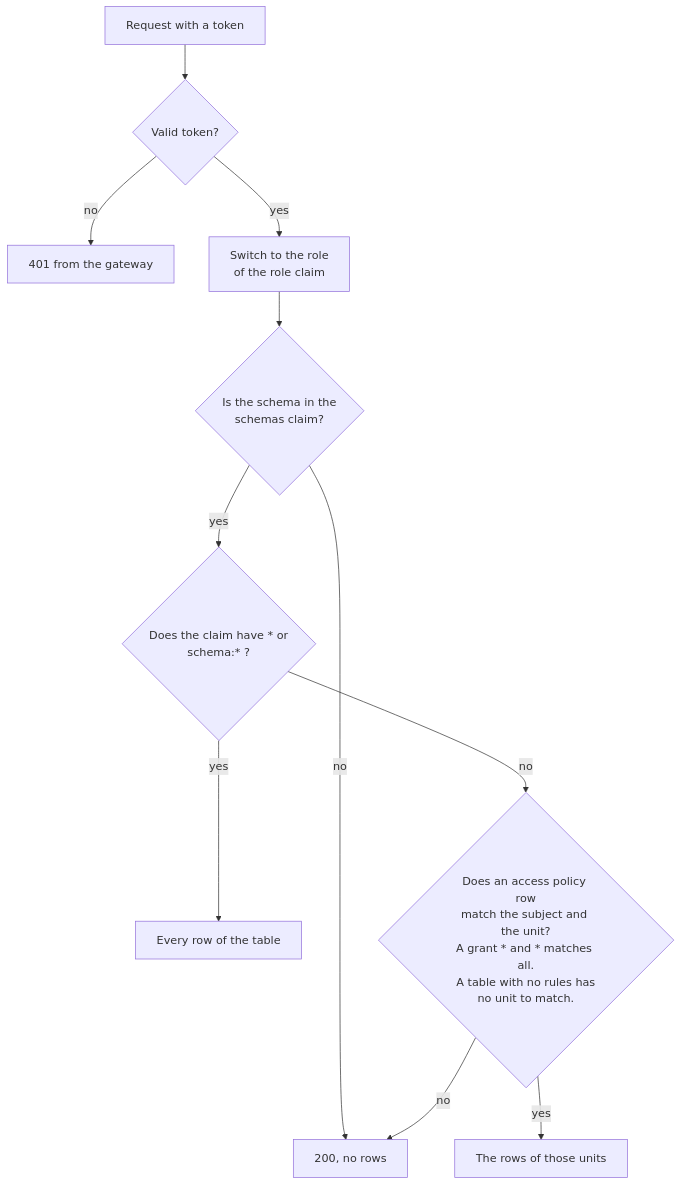
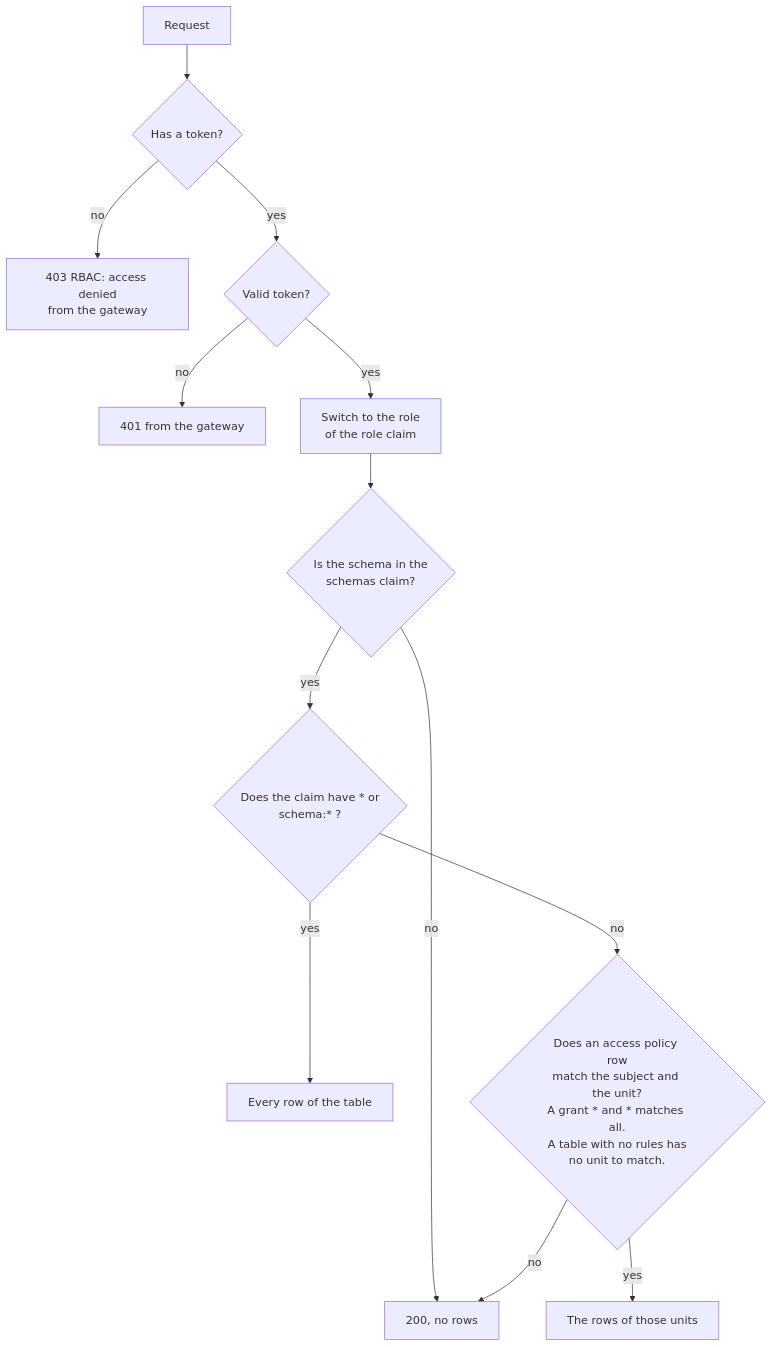
Before and after one commit to prefeitura-rio/data-proxy: the diagram in docs/security/authorization.md, drawn with Mermaid. The commit also changed 4 other files, not shown here.

First line of the commit message:
docs(security): document the 403 of a request without a token

````diff
--- a/docs/security/authorization.md
+++ b/docs/security/authorization.md
@@ -5,14 +5,16 @@
 ```mermaid
 %% Authorization checks
 flowchart TD
-  token["Request with a token"] --> valid{"Valid token?"}
+  request["Request"] --> token{"Has a token?"}
+  token -->|"no"| denied["403 RBAC: access denied<br/>from the gateway"]
+  token -->|"yes"| valid{"Valid token?"}
   valid -->|"no"| refused["401 from the gateway"]
   valid -->|"yes"| role["Switch to the role<br/>of the role claim"]
   role --> schema{"Is the schema in the<br/>schemas claim?"}
   schema -->|"no"| none["200, no rows"]
   schema -->|"yes"| all{"Does the claim have * or<br/>schema:* ?"}
   all -->|"yes"| every["Every row of the table"]
   all -->|"no"| policy{"Does an access policy row<br/>match the subject and the unit?<br/>A grant * and * matches all.<br/>A table with no rules has<br/>no unit to match."}
   policy -->|"yes"| unit["The rows of those units"]
   policy -->|"no"| none
 ```
````
